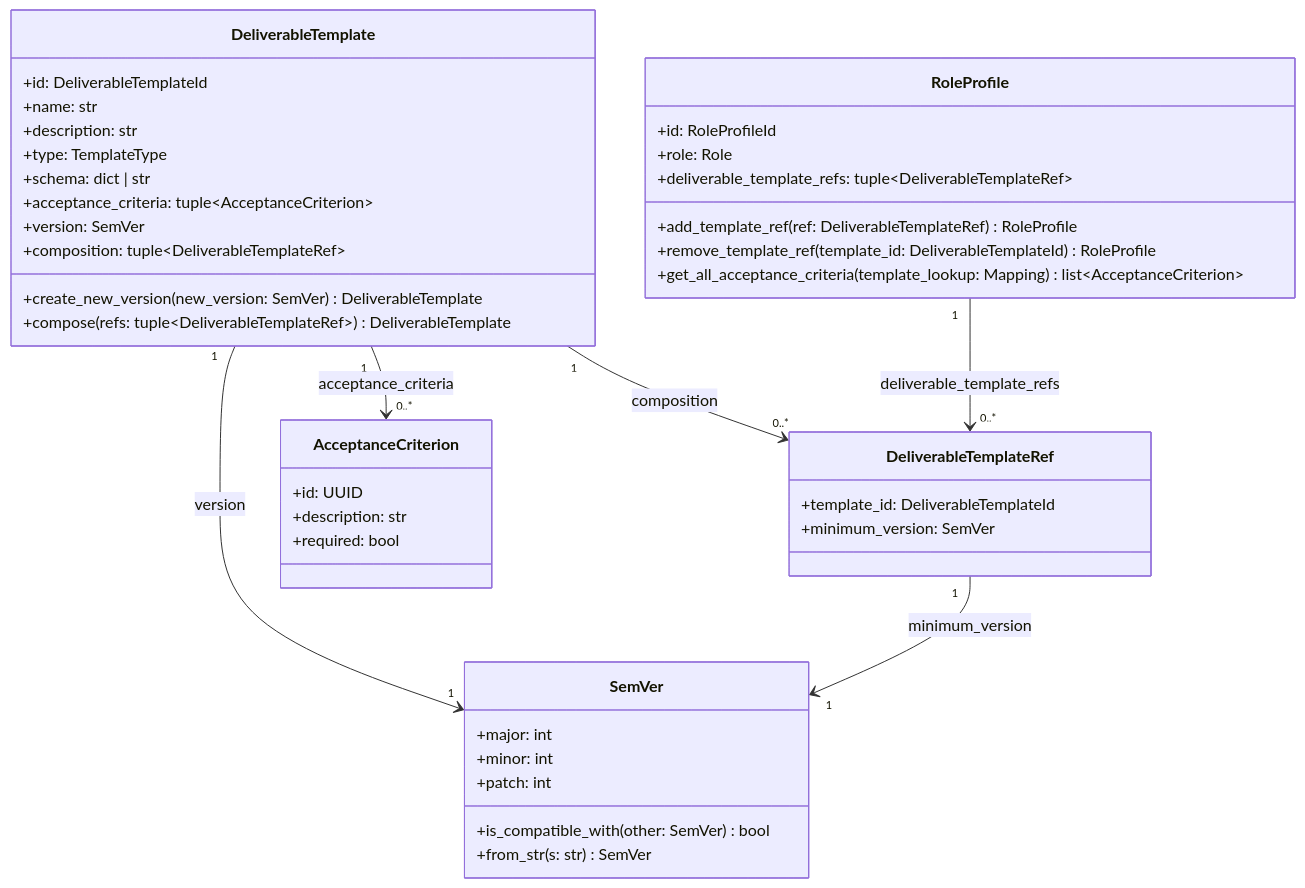
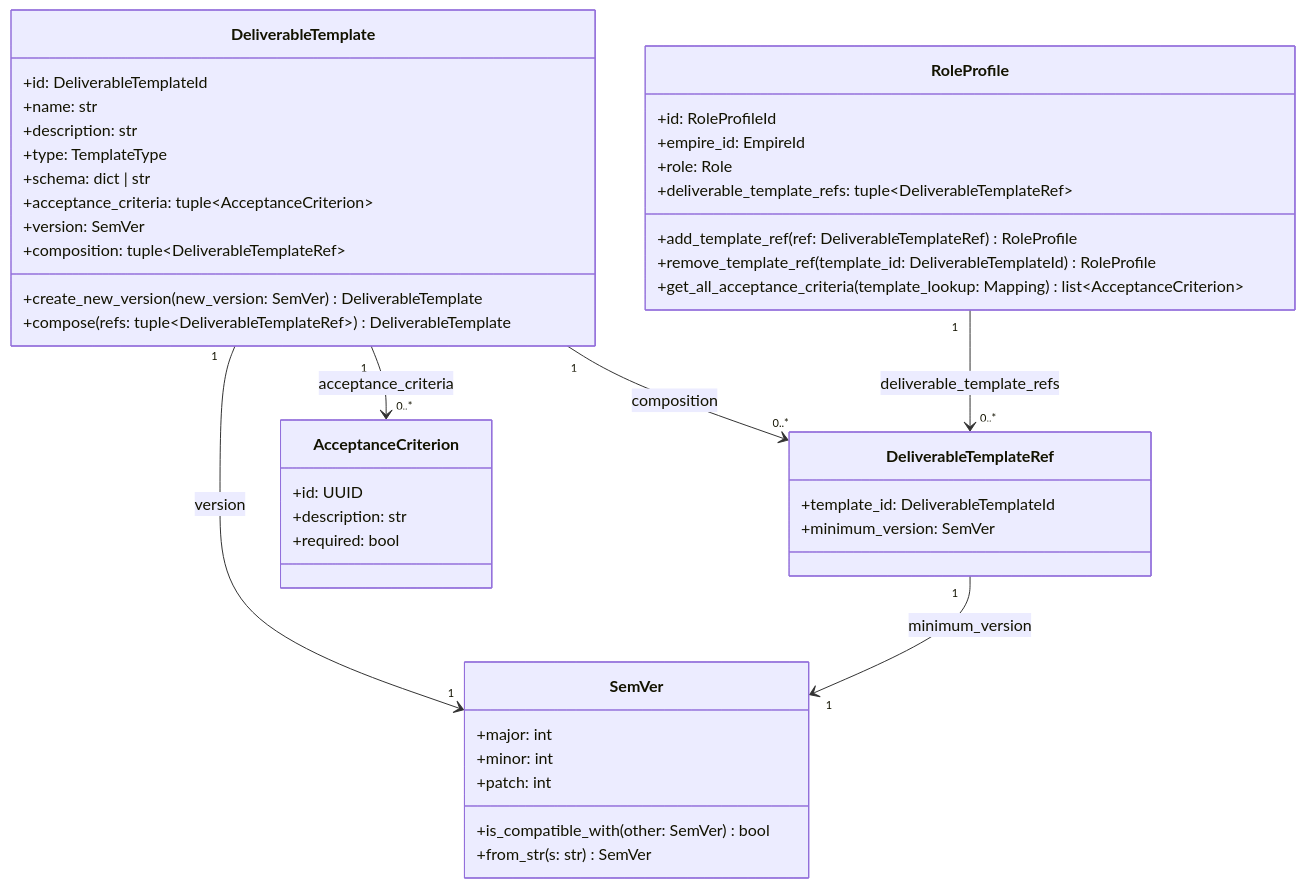
The diagram in docs/features/deliverable-template/domain/detailed-design.md (bakufu-dev/bakufu), drawn with Mermaid before and after one commit. The commit also changed other lines of this file and 3 other files, not shown here.

````diff
--- a/docs/features/deliverable-template/domain/detailed-design.md
+++ b/docs/features/deliverable-template/domain/detailed-design.md
@@ -15,44 +15,45 @@
 ```mermaid
 classDiagram
     class DeliverableTemplate {
         +id: DeliverableTemplateId
         +name: str
         +description: str
         +type: TemplateType
         +schema: dict | str
         +acceptance_criteria: tuple~AcceptanceCriterion~
         +version: SemVer
         +composition: tuple~DeliverableTemplateRef~
         +create_new_version(new_version: SemVer) DeliverableTemplate
         +compose(refs: tuple~DeliverableTemplateRef~) DeliverableTemplate
     }
     class RoleProfile {
         +id: RoleProfileId
+        +empire_id: EmpireId
         +role: Role
         +deliverable_template_refs: tuple~DeliverableTemplateRef~
         +add_template_ref(ref: DeliverableTemplateRef) RoleProfile
         +remove_template_ref(template_id: DeliverableTemplateId) RoleProfile
         +get_all_acceptance_criteria(template_lookup: Mapping) list~AcceptanceCriterion~
     }
     class SemVer {
         +major: int
         +minor: int
         +patch: int
         +is_compatible_with(other: SemVer) bool
         +from_str(s: str) SemVer
     }
     class DeliverableTemplateRef {
         +template_id: DeliverableTemplateId
         +minimum_version: SemVer
     }
     class AcceptanceCriterion {
         +id: UUID
         +description: str
         +required: bool
     }
     DeliverableTemplate "1" --> "0..*" AcceptanceCriterion : acceptance_criteria
     DeliverableTemplate "1" --> "1" SemVer : version
     DeliverableTemplate "1" --> "0..*" DeliverableTemplateRef : composition
     DeliverableTemplateRef "1" --> "1" SemVer : minimum_version
     RoleProfile "1" --> "0..*" DeliverableTemplateRef : deliverable_template_refs
 ```
````
